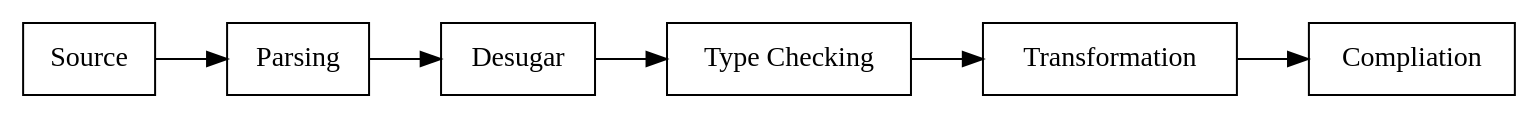
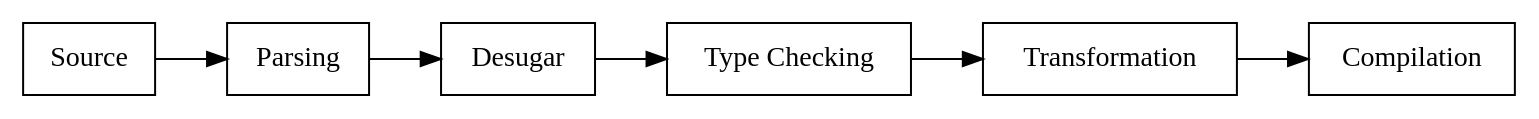
One commit to sdiehl/write-you-a-haskell changed the diagram in img/pipeline1.dot. Above: the diagram before and after it, drawn with Graphviz. The commit also changed 1 other file, not shown here.

Commit message:
compliation -> compilation, fixes #5

```diff
--- a/img/pipeline1.dot
+++ b/img/pipeline1.dot
@@ -1,5 +1,5 @@
 digraph G {
   rankdir=LR
   node [shape=box]
-  Source -> Parsing -> Desugar -> "Type Checking" -> Transformation -> Compliation
+  Source -> Parsing -> Desugar -> "Type Checking" -> Transformation -> Compilation
 }
```
